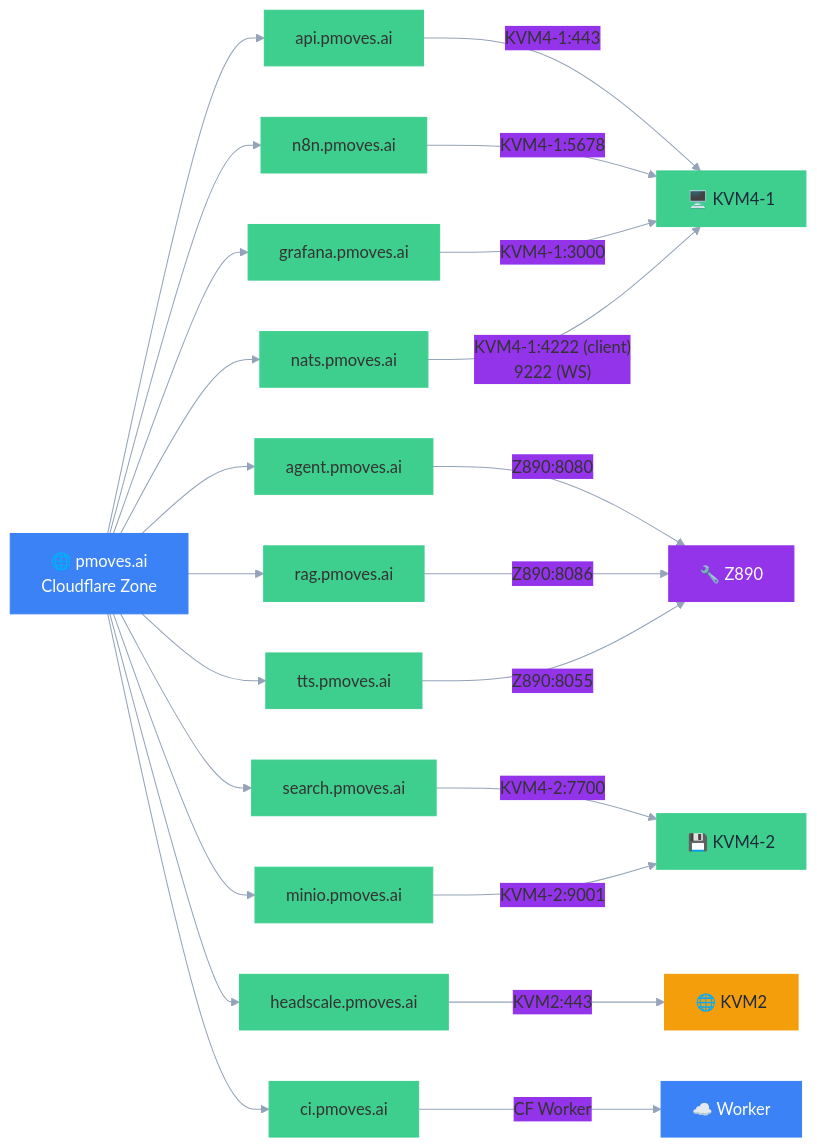
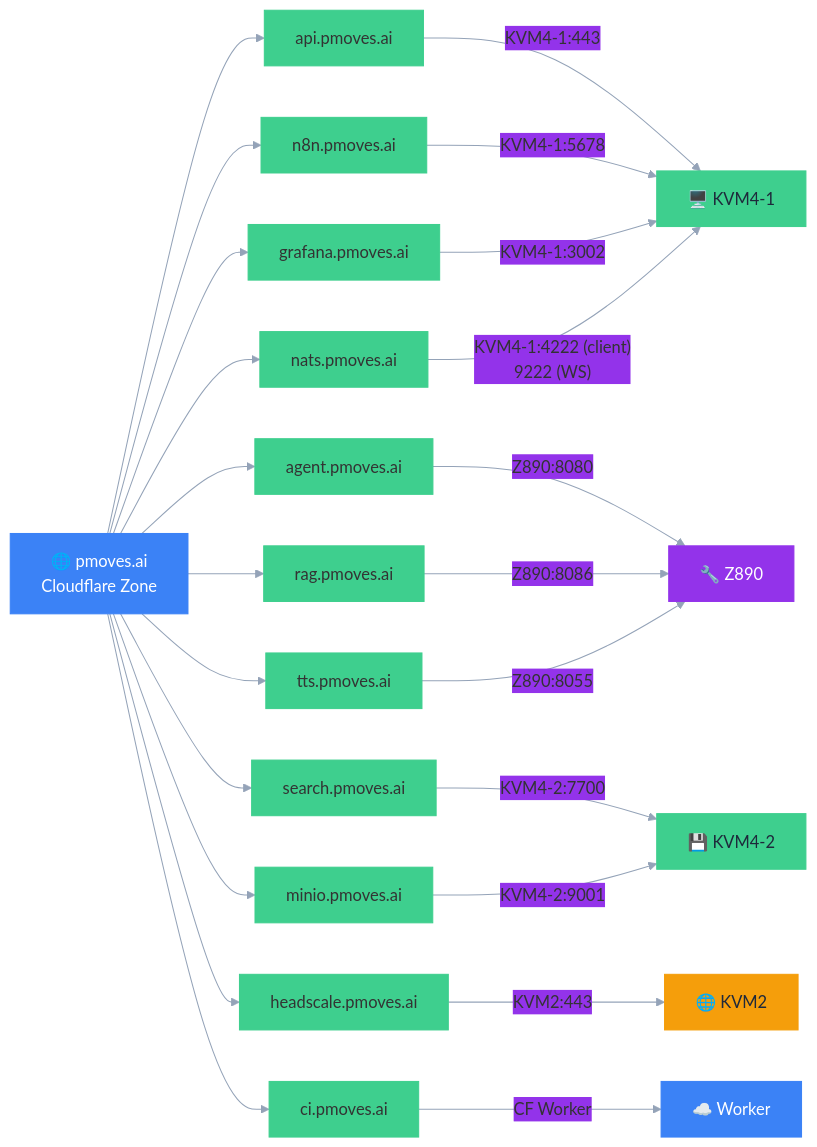
Before and after one commit to POWERFULMOVES/PMOVES.AI: the diagram in pmoves/docs/operations/diagrams/dns-subdomain-map.mmd, drawn with Mermaid. The commit also changed 2 other files, not shown here.

Commit message:
fix(docs): Grafana port 3000→3002, fix $schema relative paths
- dns-subdomain-map: Grafana host port is 3002 (3000 is container-internal)
- animation specs: $schema path was ../../contracts, correct is ../../../contracts

```diff
--- a/pmoves/docs/operations/diagrams/dns-subdomain-map.mmd
+++ b/pmoves/docs/operations/diagrams/dns-subdomain-map.mmd
@@ -1,40 +1,40 @@
 %%{init: {'theme':'base', 'themeVariables': {
   'primaryColor': '#3ecf8e',
   'primaryBorderColor': '#3ecf8e',
   'secondaryColor': '#9333ea',
   'background': 'transparent',
   'lineColor': '#94a3b8'
 }}}%%
 flowchart LR
     Zone["🌐 pmoves.ai<br/>Cloudflare Zone"]
 
     Zone --> api["api.pmoves.ai"]
     Zone --> agent["agent.pmoves.ai"]
     Zone --> rag["rag.pmoves.ai"]
     Zone --> tts["tts.pmoves.ai"]
     Zone --> n8n["n8n.pmoves.ai"]
     Zone --> grafana["grafana.pmoves.ai"]
     Zone --> search["search.pmoves.ai"]
     Zone --> nats["nats.pmoves.ai"]
     Zone --> minio["minio.pmoves.ai"]
     Zone --> headscale["headscale.pmoves.ai"]
     Zone --> ci["ci.pmoves.ai"]
 
     api -->|"KVM4-1:443"| KVM41["🖥️ KVM4-1"]
     agent -->|"Z890:8080"| Z890A["🔧 Z890"]
     rag -->|"Z890:8086"| Z890A
     tts -->|"Z890:8055"| Z890A
     n8n -->|"KVM4-1:5678"| KVM41
-    grafana -->|"KVM4-1:3000"| KVM41
+    grafana -->|"KVM4-1:3002"| KVM41
     search -->|"KVM4-2:7700"| KVM42["💾 KVM4-2"]
     nats -->|"KVM4-1:4222 (client)<br/>9222 (WS)"| KVM41
     minio -->|"KVM4-2:9001"| KVM42
     headscale -->|"KVM2:443"| KVM2["🌐 KVM2"]
     ci -->|"CF Worker"| CFW["☁️ Worker"]
 
     style Zone fill:#3b82f6,stroke:#3b82f6,color:#fff
     style KVM41 fill:#3ecf8e,stroke:#3ecf8e,color:#1e293b
     style KVM42 fill:#3ecf8e,stroke:#3ecf8e,color:#1e293b
     style Z890A fill:#9333ea,stroke:#9333ea,color:#fff
     style KVM2 fill:#f59e0b,stroke:#f59e0b,color:#1e293b
     style CFW fill:#3b82f6,stroke:#3b82f6,color:#fff
```
